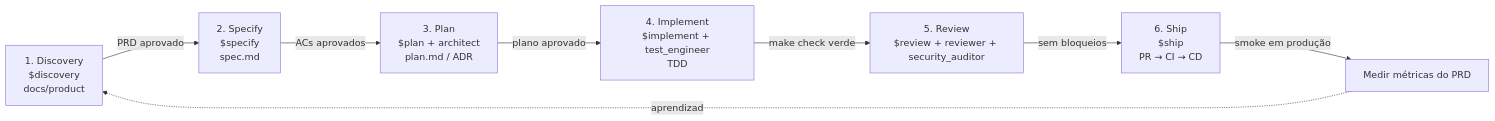
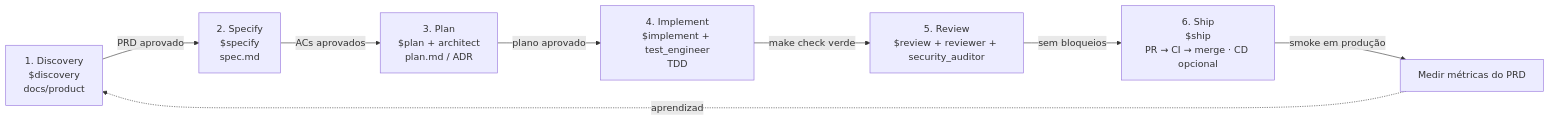
Before and after one commit to spassos/codex-harness-template: the diagram in template/docs/ways-of-working.md, drawn with Mermaid. The commit also changed other lines of this file and 16 other files, not shown here.

````diff
--- a/template/docs/ways-of-working.md
+++ b/template/docs/ways-of-working.md
@@ -10,10 +10,10 @@
 ```mermaid
 flowchart LR
   D[1. Discovery<br/>$discovery<br/>docs/product] -->|PRD aprovado| S[2. Specify<br/>$specify<br/>spec.md]
   S -->|ACs aprovados| P[3. Plan<br/>$plan + architect<br/>plan.md / ADR]
   P -->|plano aprovado| I[4. Implement<br/>$implement + test_engineer<br/>TDD]
   I -->|make check verde| R[5. Review<br/>$review + reviewer + security_auditor]
-  R -->|sem bloqueios| SH[6. Ship<br/>$ship<br/>PR → CI → CD]
+  R -->|sem bloqueios| SH[6. Ship<br/>$ship<br/>PR → CI → merge · CD opcional]
   SH -->|smoke em produção| M[Medir métricas do PRD]
   M -.aprendizado.-> D
 ```
````
